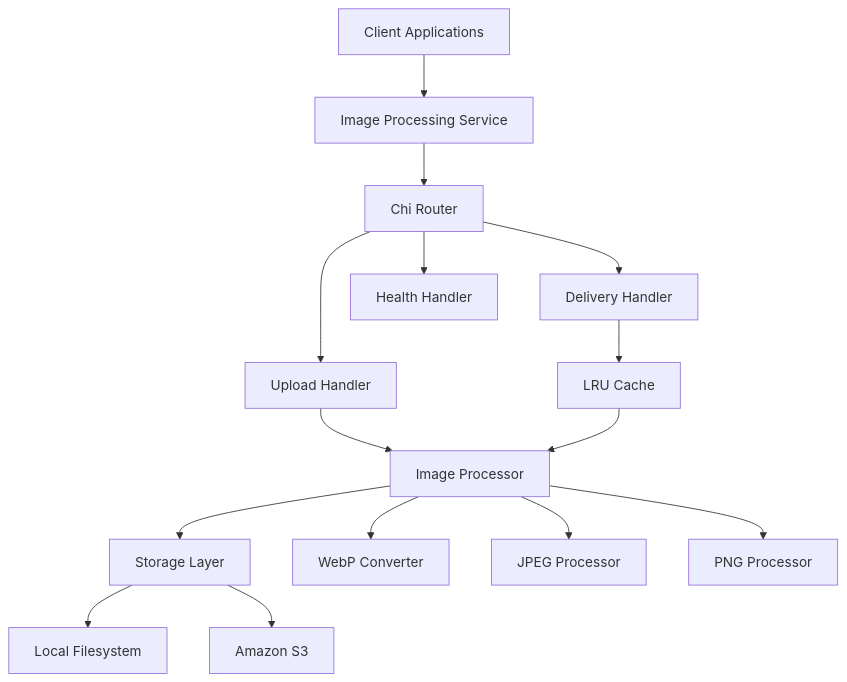
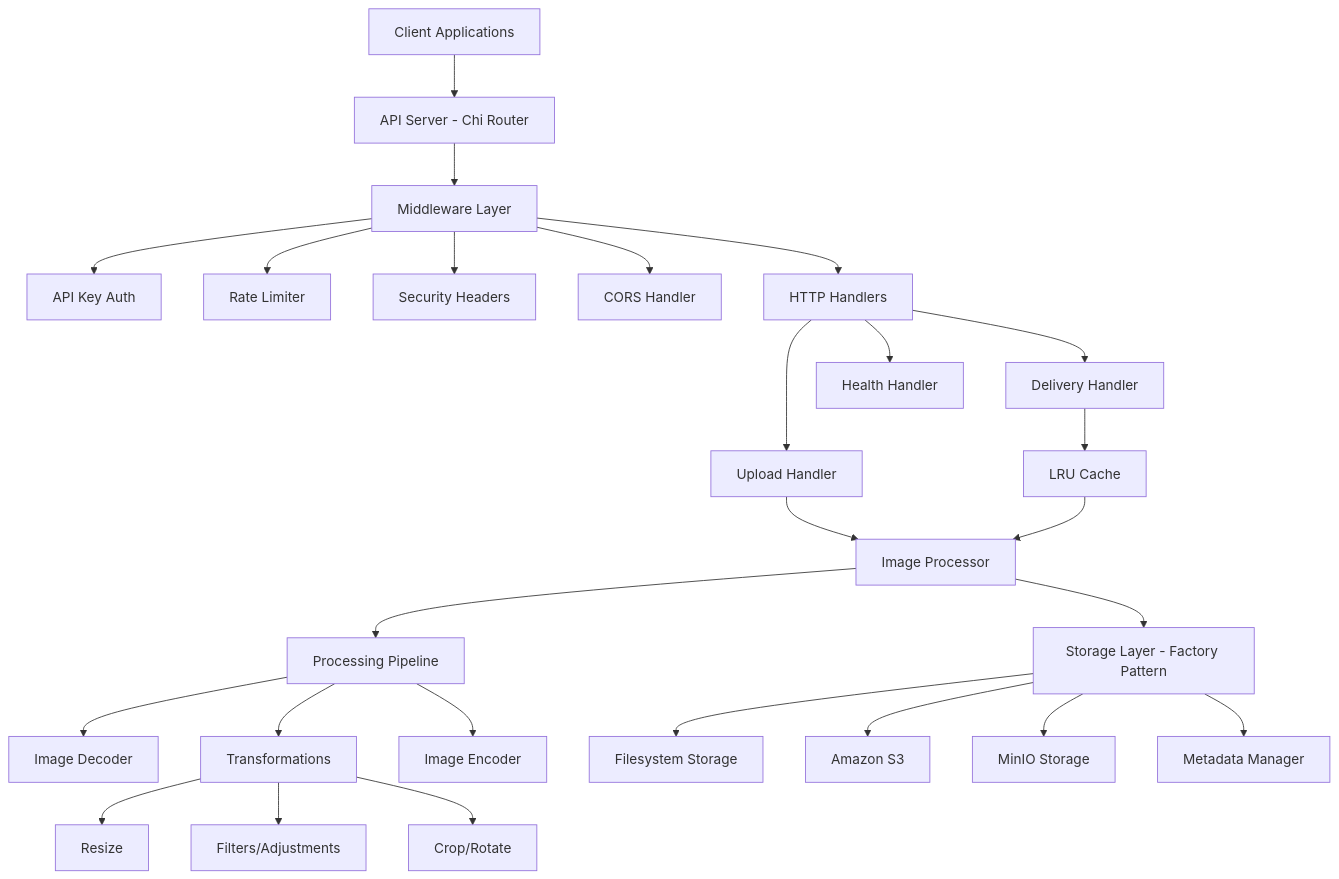
One commit to birdple/falco changed the diagram in README.md. Above: the diagram before and after it, drawn with Mermaid. The commit also changed other lines of this file, not shown here.

````diff
--- a/README.md
+++ b/README.md
@@ -162,21 +490,35 @@
 ```mermaid
 graph TB
-    Client[Client Applications] --> API[Image Processing Service]
-    
-    API --> Router[Chi Router]
-    Router --> Upload[Upload Handler]
-    Router --> Delivery[Delivery Handler]
-    Router --> Health[Health Handler]
-    
+    Client[Client Applications] --> API[API Server - Chi Router]
+
+    API --> MW[Middleware Layer]
+    MW --> Auth[API Key Auth]
+    MW --> RateLimit[Rate Limiter]
+    MW --> Security[Security Headers]
+    MW --> CORS[CORS Handler]
+
+    MW --> Handlers[HTTP Handlers]
+    Handlers --> Upload[Upload Handler]
+    Handlers --> Delivery[Delivery Handler]
+    Handlers --> Health[Health Handler]
+
     Upload --> Processor[Image Processor]
     Delivery --> Cache[LRU Cache]
     Cache --> Processor
-    
-    Processor --> Storage[Storage Layer]
-    Storage --> FS[Local Filesystem]
+
+    Processor --> Pipeline[Processing Pipeline]
+    Pipeline --> Decoder[Image Decoder]
+    Pipeline --> Transform[Transformations]
+    Pipeline --> Encoder[Image Encoder]
+
+    Transform --> Resize[Resize]
+    Transform --> Filters[Filters/Adjustments]
+    Transform --> Crop[Crop/Rotate]
+
+    Processor --> Storage[Storage Layer - Factory Pattern]
+    Storage --> FS[Filesystem Storage]
     Storage --> S3[Amazon S3]
-    
-    Processor --> WebP[WebP Converter]
-    Processor --> JPEG[JPEG Processor]
-    Processor --> PNG[PNG Processor]
+    Storage --> MinIO[MinIO Storage]
+
+    Storage --> Metadata[Metadata Manager]
 ```
````
